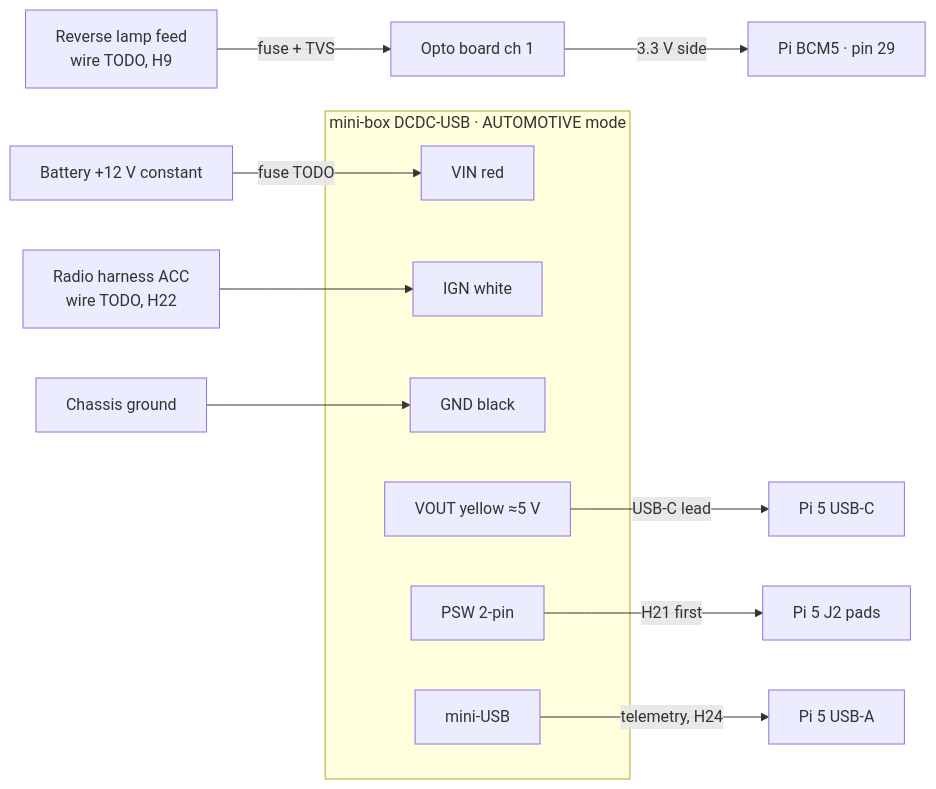
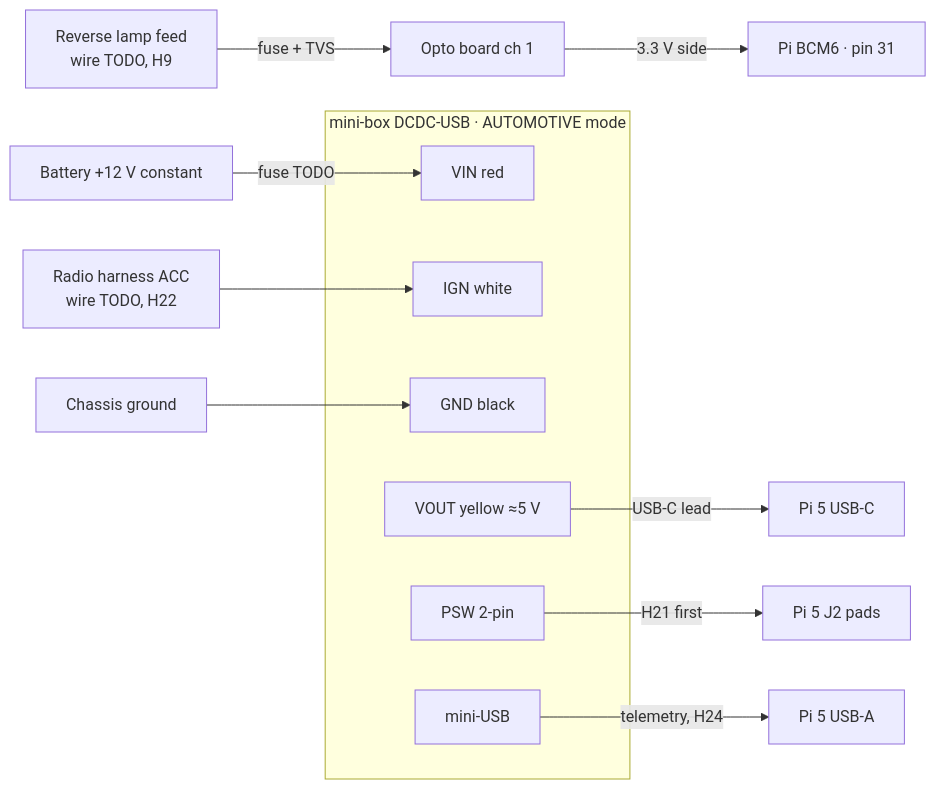
Before and after one commit to darickc/TruckDashboard: the diagram in docs/wiring/power-and-inputs.md, drawn with Mermaid. The commit also changed other lines of this file and 15 other files, not shown here.

````diff
--- a/docs/wiring/power-and-inputs.md
+++ b/docs/wiring/power-and-inputs.md
@@ -19,19 +19,19 @@
 ```mermaid
 flowchart LR
   BATT[Battery +12 V constant] -- fuse TODO --> VIN
   ACC[Radio harness ACC<br/>wire TODO, H22] --> IGN
   GNDC[Chassis ground] --> GND
   subgraph DCDC[mini-box DCDC-USB · AUTOMOTIVE mode]
     VIN[VIN red]
     IGN[IGN white]
     GND[GND black]
     VOUT[VOUT yellow ≈5 V]
     PSW[PSW 2-pin]
     USB[mini-USB]
   end
   VOUT -- USB-C lead --> PI[Pi 5 USB-C]
   PSW -- H21 first --> J2[Pi 5 J2 pads]
   USB -- telemetry, H24 --> PIUSB[Pi 5 USB-A]
   REV[Reverse lamp feed<br/>wire TODO, H9] -- fuse + TVS --> OPTO[Opto board ch 1]
-  OPTO -- 3.3 V side --> GPIO[Pi BCM5 · pin 29]
+  OPTO -- 3.3 V side --> GPIO[Pi BCM6 · pin 31]
 ```
````
